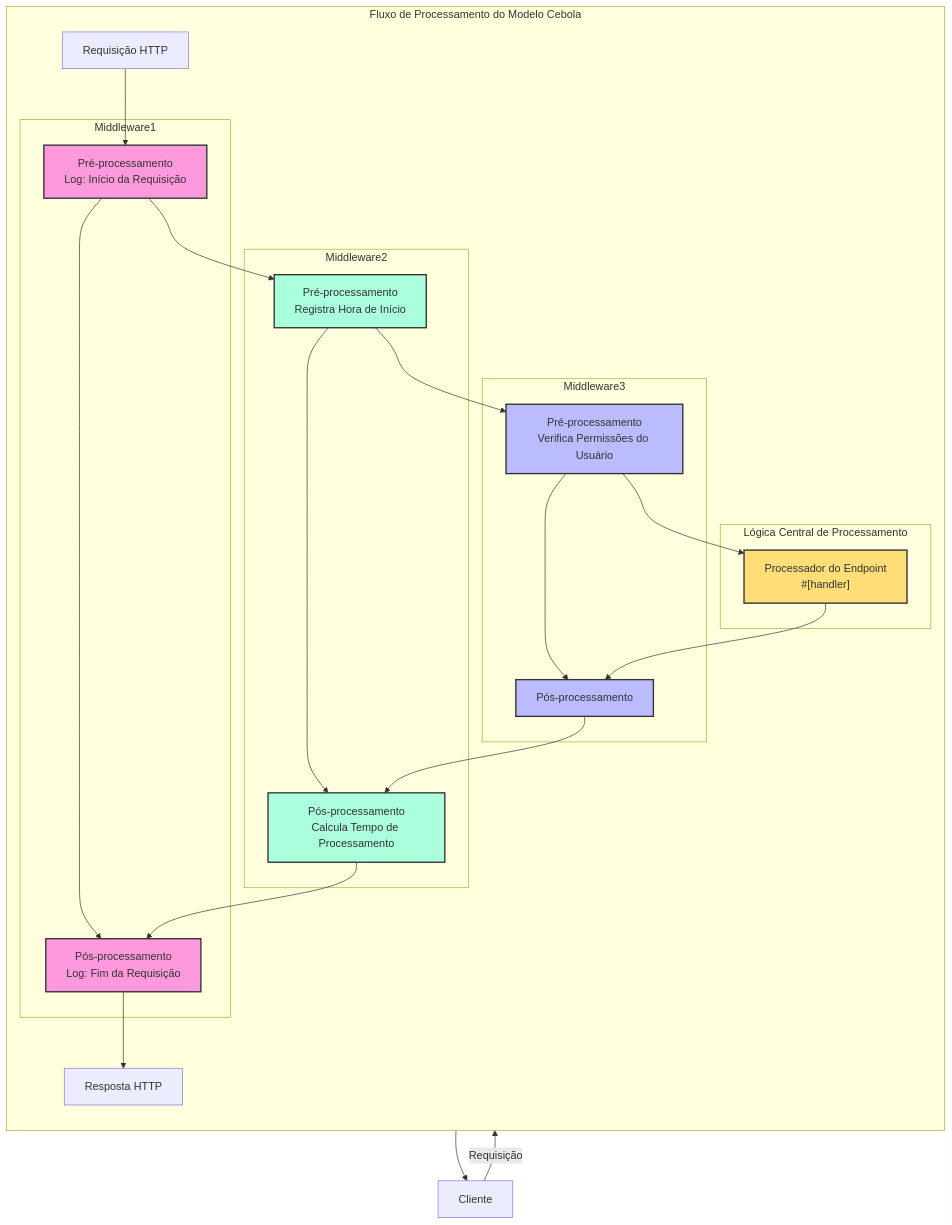
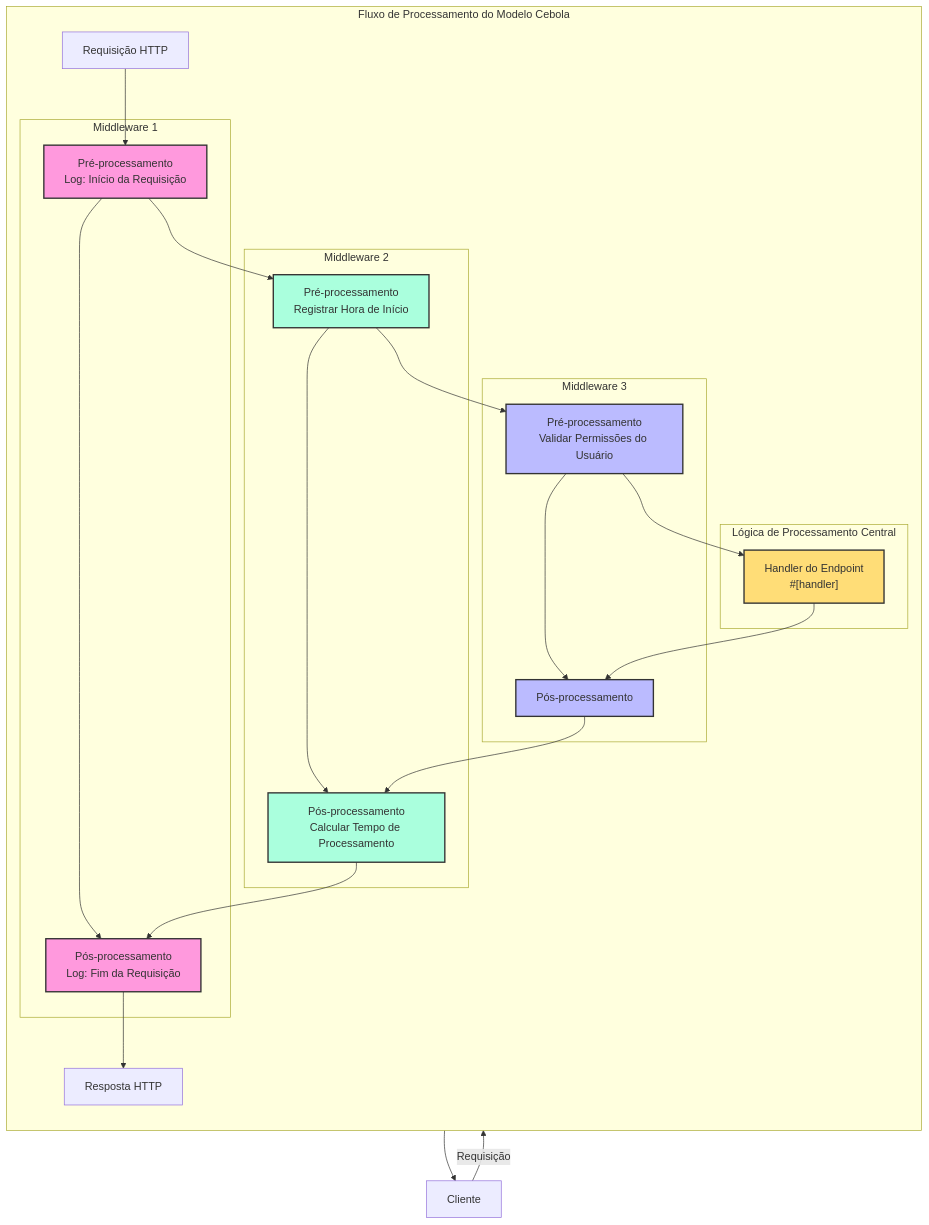
One commit to salvo-rs/website changed the second of 2 diagrams in docs/pt/guide/concepts/handler.mdx. Above: the diagram before and after it, drawn with Mermaid. The commit also changed other lines of this file and 326 other files, not shown here.

````diff
--- a/docs/pt/guide/concepts/handler.mdx
+++ b/docs/pt/guide/concepts/handler.mdx
@@ -59,45 +60,45 @@
 ```mermaid
 flowchart TB
     Client[Cliente] -->|Requisição| Request[Requisição HTTP]
 
     subgraph "Fluxo de Processamento do Modelo Cebola"
         direction TB
 
-        subgraph M1["Middleware1"]
+        subgraph M1["Middleware 1"]
             M1A["Pré-processamento<br>Log: Início da Requisição"] --> M1B["Pós-processamento<br>Log: Fim da Requisição"]
         end
 
-        subgraph M2["Middleware2"]
-            M2A["Pré-processamento<br>Registra Hora de Início"] --> M2B["Pós-processamento<br>Calcula Tempo de Processamento"]
+        subgraph M2["Middleware 2"]
+            M2A["Pré-processamento<br>Registrar Hora de Início"] --> M2B["Pós-processamento<br>Calcular Tempo de Processamento"]
         end
 
-        subgraph M3["Middleware3"]
-            M3A["Pré-processamento<br>Verifica Permissões do Usuário"] --> M3B["Pós-processamento<br>"]
+        subgraph M3["Middleware 3"]
+            M3A["Pré-processamento<br>Validar Permissões do Usuário"] --> M3B["Pós-processamento<br>"]
         end
 
-        subgraph Core["Lógica Central de Processamento"]
-            Handler["Processador do Endpoint<br>#[handler]"]
+        subgraph Core["Lógica de Processamento Central"]
+            Handler["Handler do Endpoint<br>#[handler]"]
         end
 
         Request --> M1A
         M1A --> M2A
         M2A --> M3A
         M3A --> Handler
         Handler --> M3B
         M3B --> M2B
         M2B --> M1B
         M1B --> Response
     end
 
     Response[Resposta HTTP] --> Client
 
     classDef middleware1 fill:#f9d,stroke:#333,stroke-width:2px;
     classDef middleware2 fill:#afd,stroke:#333,stroke-width:2px;
     classDef middleware3 fill:#bbf,stroke:#333,stroke-width:2px;
     classDef core fill:#fd7,stroke:#333,stroke-width:2px;
 
     class M1A,M1B middleware1;
     class M2A,M2B middleware2;
     class M3A,M3B middleware3;
     class Handler core;
 ```
````
